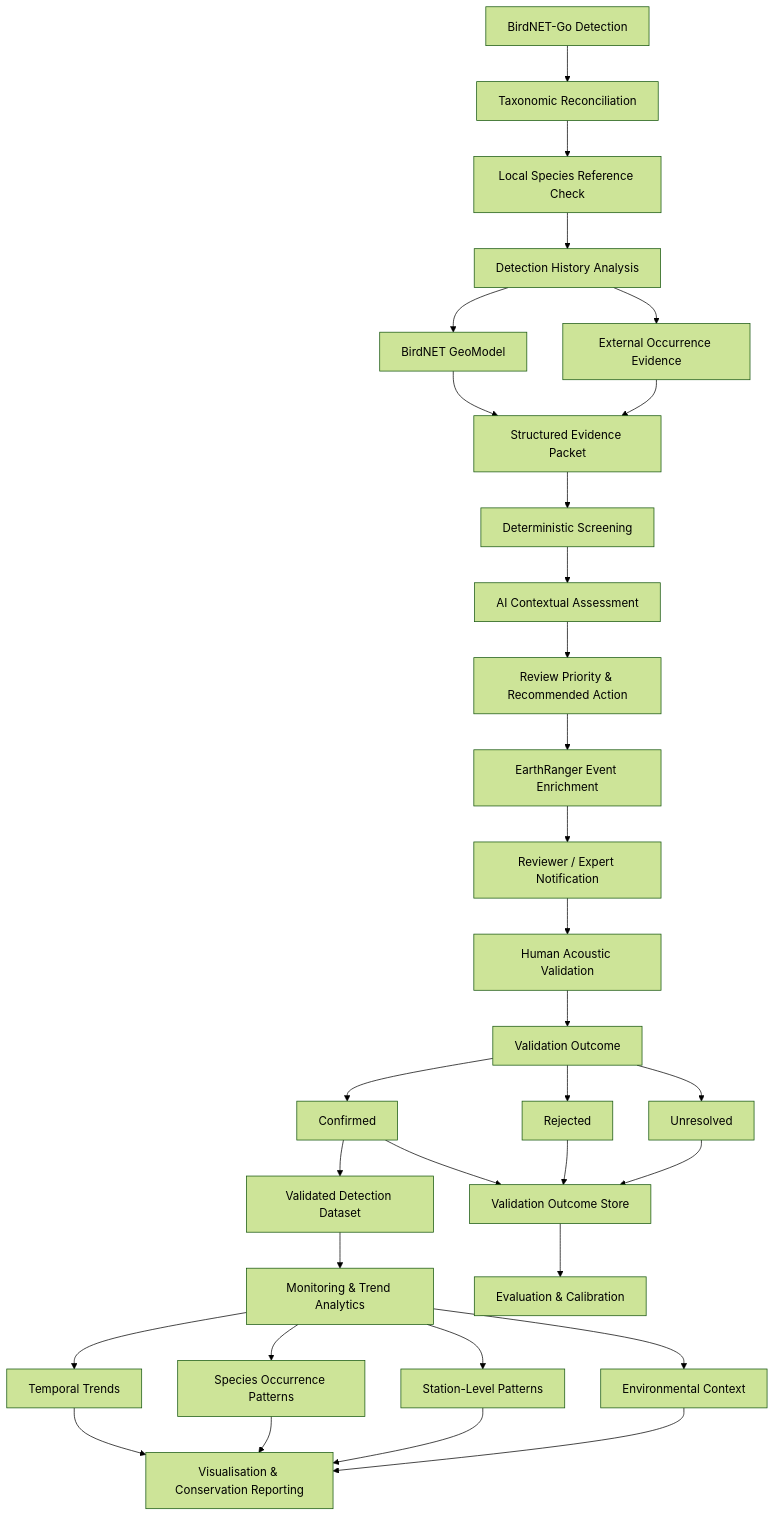
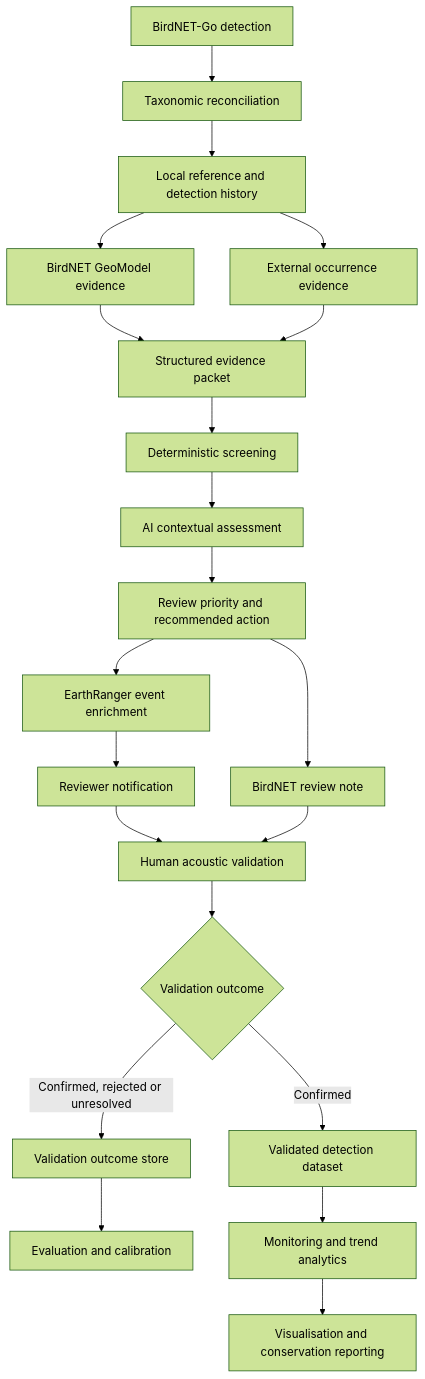
The second of 2 diagrams in README.md (anggiearrizki/BirdNET_Detection_Screening), drawn with Mermaid (forest theme) before and after one commit. The commit also changed other lines of this file, not shown here.

Commit message:
Document implemented BirdNET workflow and deployment requirements

````diff
--- a/README.md
+++ b/README.md
@@ -45,47 +68,23 @@
 ```mermaid
 flowchart TD
-    A[BirdNET-Go Detection] --> B[Taxonomic Reconciliation]
-
-    B --> C[Local Species Reference Check]
-    C --> D[Detection History Analysis]
-
-    D --> E1[BirdNET GeoModel]
-    D --> E2[External Occurrence Evidence]
-
-    E1 --> F[Structured Evidence Packet]
-    E2 --> F
-
-    F --> G[Deterministic Screening]
-    G --> H[AI Contextual Assessment]
-    H --> I[Review Priority & Recommended Action]
-
-    I --> J[EarthRanger Event Enrichment]
-    J --> K[Reviewer / Expert Notification]
-    K --> L[Human Acoustic Validation]
-
-    L --> M[Validation Outcome]
-
-    M --> M1[Confirmed]
-    M --> M2[Rejected]
-    M --> M3[Unresolved]
-
-    M1 --> N1[Validated Detection Dataset]
-
-    M1 --> N2[Validation Outcome Store]
-    M2 --> N2
-    M3 --> N2
-
-    N2 --> Q[Evaluation & Calibration]
-
-    N1 --> O[Monitoring & Trend Analytics]
-
-    O --> O1[Temporal Trends]
-    O --> O2[Species Occurrence Patterns]
-    O --> O3[Station-Level Patterns]
-    O --> O4[Environmental Context]
-
-    O1 --> P[Visualisation & Conservation Reporting]
-    O2 --> P
-    O3 --> P
-    O4 --> P
+    A[BirdNET-Go detection] --> B[Taxonomic reconciliation]
+    B --> C[Local reference and detection history]
+    C --> D[BirdNET GeoModel evidence]
+    C --> E[External occurrence evidence]
+    D --> F[Structured evidence packet]
+    E --> F
+    F --> G[Deterministic screening]
+    G --> H[AI contextual assessment]
+    H --> I[Review priority and recommended action]
+    I --> N[BirdNET review note]
+    I --> J[EarthRanger event enrichment]
+    J --> K[Reviewer notification]
+    K --> L[Human acoustic validation]
+    N --> L
+    L --> M{Validation outcome}
+    M -->|Confirmed| V[Validated detection dataset]
+    M -->|Confirmed, rejected or unresolved| O[Validation outcome store]
+    O --> Q[Evaluation and calibration]
+    V --> T[Monitoring and trend analytics]
+    T --> P[Visualisation and conservation reporting]
 ```
````
